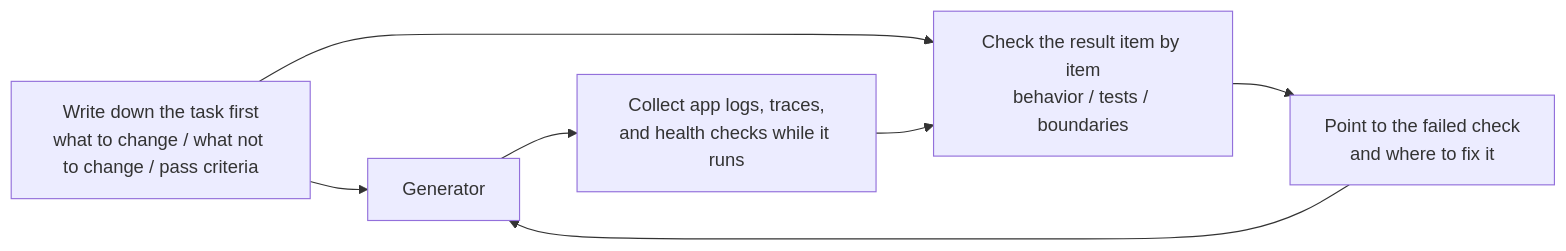
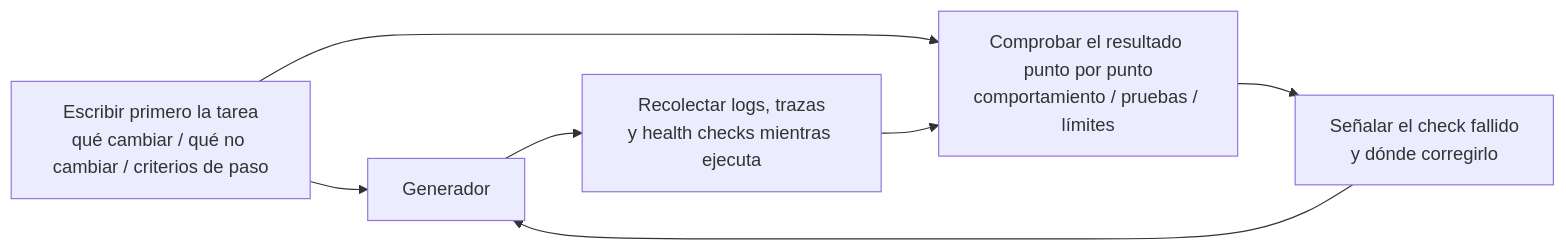
Before and after one commit to jordipiella/learn-harness-engineering: the diagram in docs/es/lectures/lecture-11-why-observability-belongs-inside-the-harness/index.md, drawn with Mermaid. The commit also changed other lines of this file and 108 other files, not shown here.

````diff
--- a/docs/es/lectures/lecture-11-why-observability-belongs-inside-the-harness/index.md
+++ b/docs/es/lectures/lecture-11-why-observability-belongs-inside-the-harness/index.md
@@ -25,9 +25,9 @@
 ```mermaid
 flowchart LR
-    Contract["Write down the task first<br/>what to change / what not to change / pass criteria"] --> Generator["Generator"]
-    Generator --> Signals["Collect app logs, traces,<br/>and health checks while it runs"]
-    Contract --> Review["Check the result item by item<br/>behavior / tests / boundaries"]
+    Contract["Escribir primero la tarea<br/>qué cambiar / qué no cambiar / criterios de paso"] --> Generator["Generador"]
+    Generator --> Signals["Recolectar logs, trazas<br/>y health checks mientras ejecuta"]
+    Contract --> Review["Comprobar el resultado punto por punto<br/>comportamiento / pruebas / límites"]
     Signals --> Review
-    Review --> Verdict["Point to the failed check<br/>and where to fix it"]
+    Review --> Verdict["Señalar el check fallido<br/>y dónde corregirlo"]
     Verdict --> Generator
 ```
````
